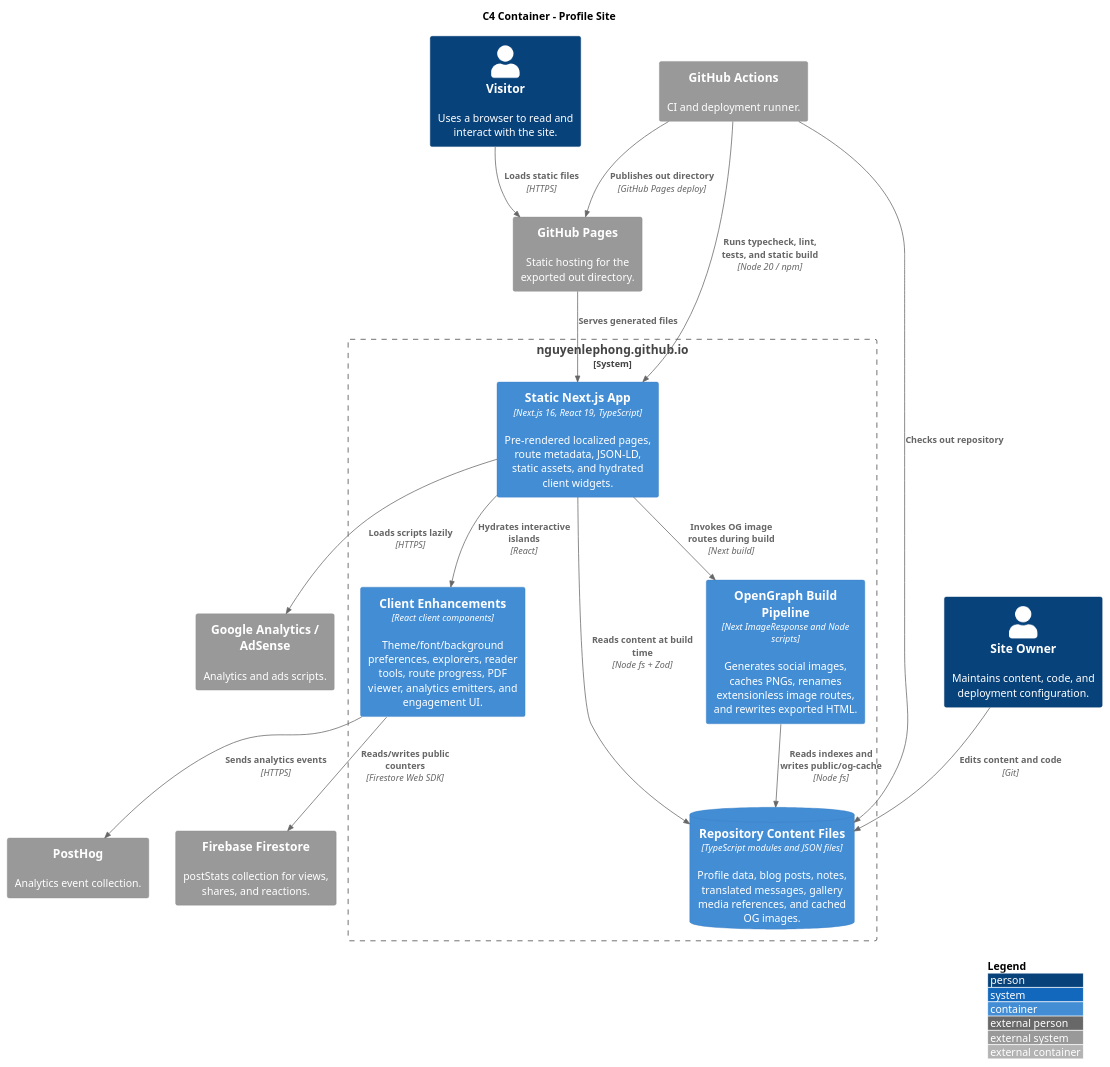
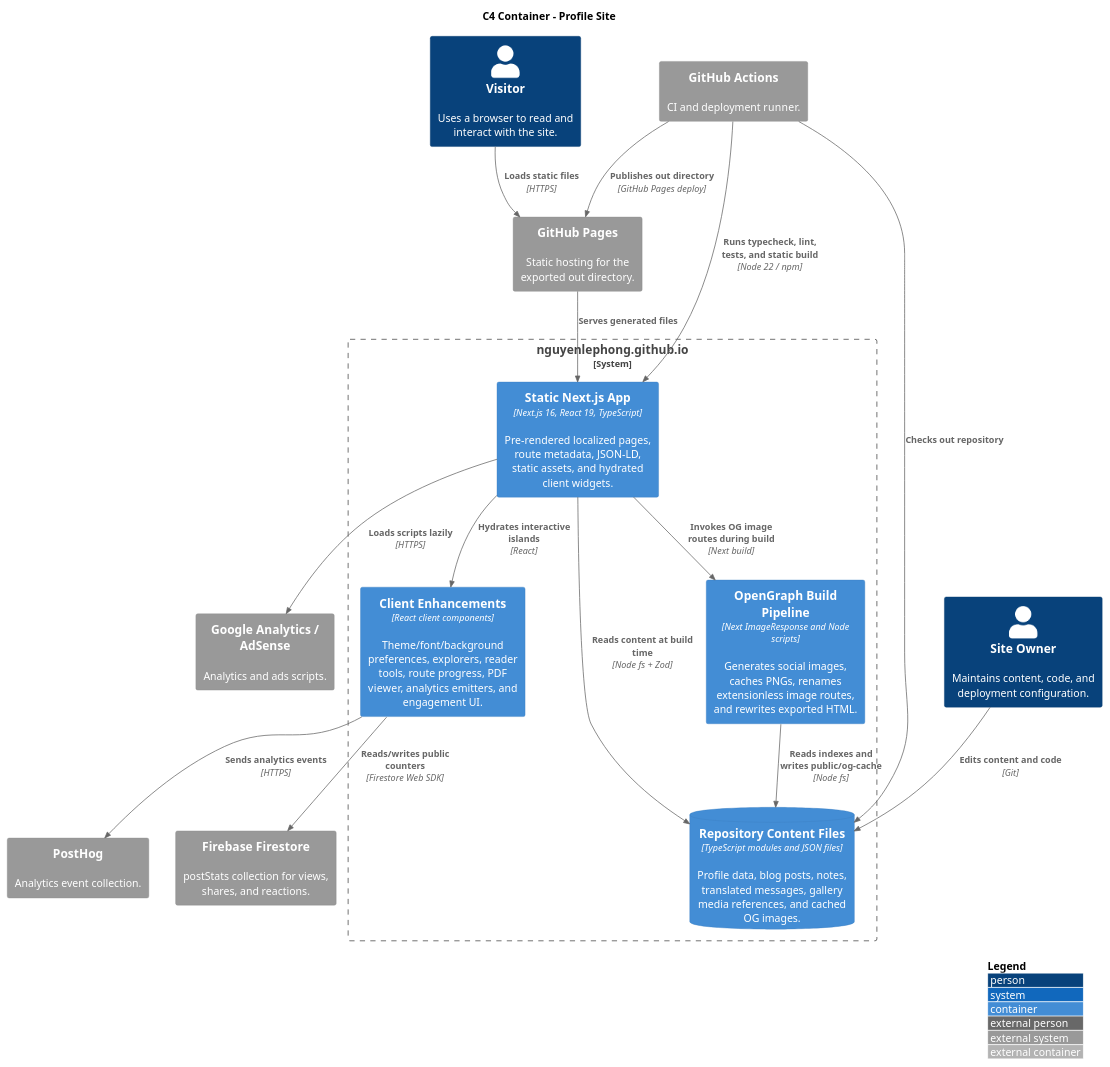
One commit to nguyenlephong/nguyenlephong.github.io changed the diagram in docs/diagrams/c4-container.puml. Above: the diagram before and after it, drawn with PlantUML. The commit also changed 8 other files, not shown here.

```diff
--- a/docs/diagrams/c4-container.puml
+++ b/docs/diagrams/c4-container.puml
@@ -1,38 +1,38 @@
 @startuml c4_container
 !include https://raw.githubusercontent.com/plantuml-stdlib/C4-PlantUML/master/C4_Container.puml
 
 LAYOUT_WITH_LEGEND()
 
 title C4 Container - Profile Site
 
 Person(visitor, "Visitor", "Uses a browser to read and interact with the site.")
 Person(owner, "Site Owner", "Maintains content, code, and deployment configuration.")
 
 System_Boundary(system, "nguyenlephong.github.io") {
   Container(static_app, "Static Next.js App", "Next.js 16, React 19, TypeScript", "Pre-rendered localized pages, route metadata, JSON-LD, static assets, and hydrated client widgets.")
   ContainerDb(content_files, "Repository Content Files", "TypeScript modules and JSON files", "Profile data, blog posts, notes, translated messages, gallery media references, and cached OG images.")
   Container(client_widgets, "Client Enhancements", "React client components", "Theme/font/background preferences, explorers, reader tools, route progress, PDF viewer, analytics emitters, and engagement UI.")
   Container(og_pipeline, "OpenGraph Build Pipeline", "Next ImageResponse and Node scripts", "Generates social images, caches PNGs, renames extensionless image routes, and rewrites exported HTML.")
 }
 
 System_Ext(github_pages, "GitHub Pages", "Static hosting for the exported out directory.")
 System_Ext(github_actions, "GitHub Actions", "CI and deployment runner.")
 System_Ext(firebase, "Firebase Firestore", "postStats collection for views, shares, and reactions.")
 System_Ext(posthog, "PostHog", "Analytics event collection.")
 System_Ext(google, "Google Analytics / AdSense", "Analytics and ads scripts.")
 
 Rel(owner, content_files, "Edits content and code", "Git")
 Rel(github_actions, content_files, "Checks out repository")
-Rel(github_actions, static_app, "Runs typecheck, lint, tests, and static build", "Node 20 / npm")
+Rel(github_actions, static_app, "Runs typecheck, lint, tests, and static build", "Node 22 / npm")
 Rel(static_app, content_files, "Reads content at build time", "Node fs + Zod")
 Rel(static_app, og_pipeline, "Invokes OG image routes during build", "Next build")
 Rel(og_pipeline, content_files, "Reads indexes and writes public/og-cache", "Node fs")
 Rel(github_actions, github_pages, "Publishes out directory", "GitHub Pages deploy")
 Rel(visitor, github_pages, "Loads static files", "HTTPS")
 Rel(github_pages, static_app, "Serves generated files")
 Rel(static_app, client_widgets, "Hydrates interactive islands", "React")
 Rel(client_widgets, firebase, "Reads/writes public counters", "Firestore Web SDK")
 Rel(client_widgets, posthog, "Sends analytics events", "HTTPS")
 Rel(static_app, google, "Loads scripts lazily", "HTTPS")
 
 @enduml
```
